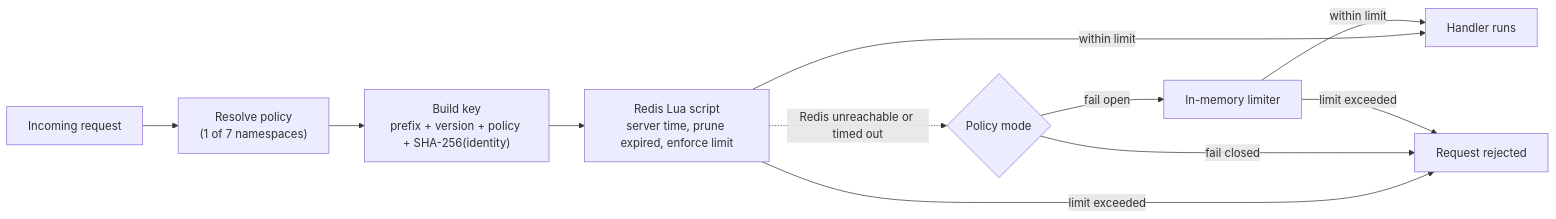
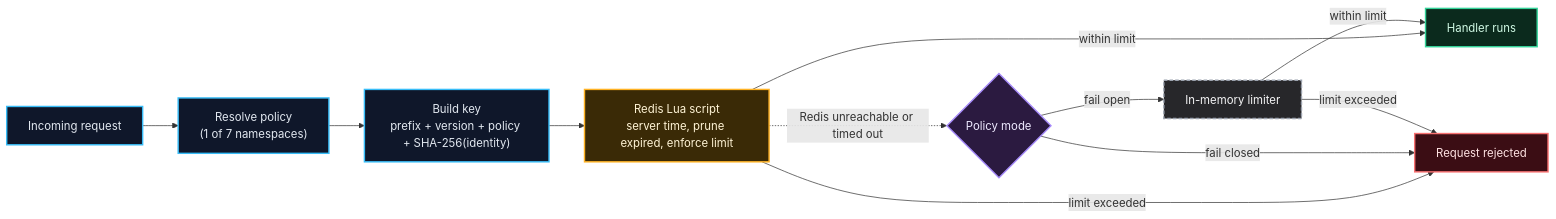
The second of 3 diagrams in README.md (aayushtiwari307/incident-intelligence-platform), drawn with Mermaid before and after one commit. The commit also changed other lines of this file, not shown here.

````diff
--- a/README.md
+++ b/README.md
@@ -159,13 +219,26 @@
 ```mermaid
 flowchart LR
   Req["Incoming request"] --> Policy["Resolve policy<br/>(1 of 7 namespaces)"]
   Policy --> Key["Build key<br/>prefix + version + policy + SHA-256(identity)"]
   Key --> Lua["Redis Lua script<br/>server time, prune expired, enforce limit"]
   Lua -->|"within limit"| Handler["Handler runs"]
   Lua -->|"limit exceeded"| Reject["Request rejected"]
   Lua -.->|"Redis unreachable or timed out"| Mode{"Policy mode"}
   Mode -->|"fail closed"| Reject
   Mode -->|"fail open"| Memory["In-memory limiter"]
   Memory -->|"within limit"| Handler
   Memory -->|"limit exceeded"| Reject
+
+  classDef step fill:#0f172a,stroke:#38bdf8,stroke-width:2px,color:#e2e8f0
+  classDef engine fill:#3a2a06,stroke:#FFB224,stroke-width:2px,color:#fff4d6
+  classDef decision fill:#2b1a40,stroke:#a78bfa,stroke-width:2px,color:#ede9fe
+  classDef ok fill:#0b2a1d,stroke:#34d399,stroke-width:2px,color:#d1fae5
+  classDef bad fill:#3b0d14,stroke:#f87171,stroke-width:2px,color:#fee2e2
+  classDef fallback fill:#27272a,stroke:#9ca3af,stroke-width:2px,stroke-dasharray:5 3,color:#f4f4f5
+  class Req,Policy,Key step
+  class Lua engine
+  class Mode decision
+  class Handler ok
+  class Reject bad
+  class Memory fallback
 ```
````
